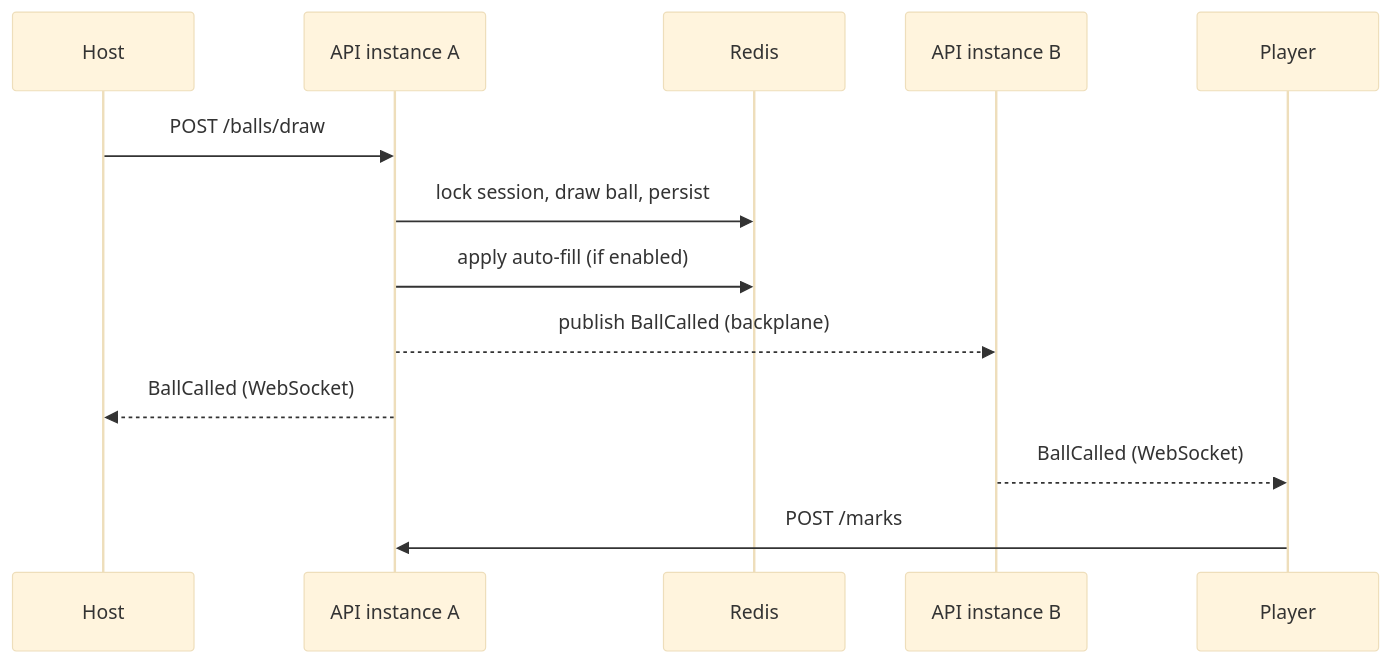
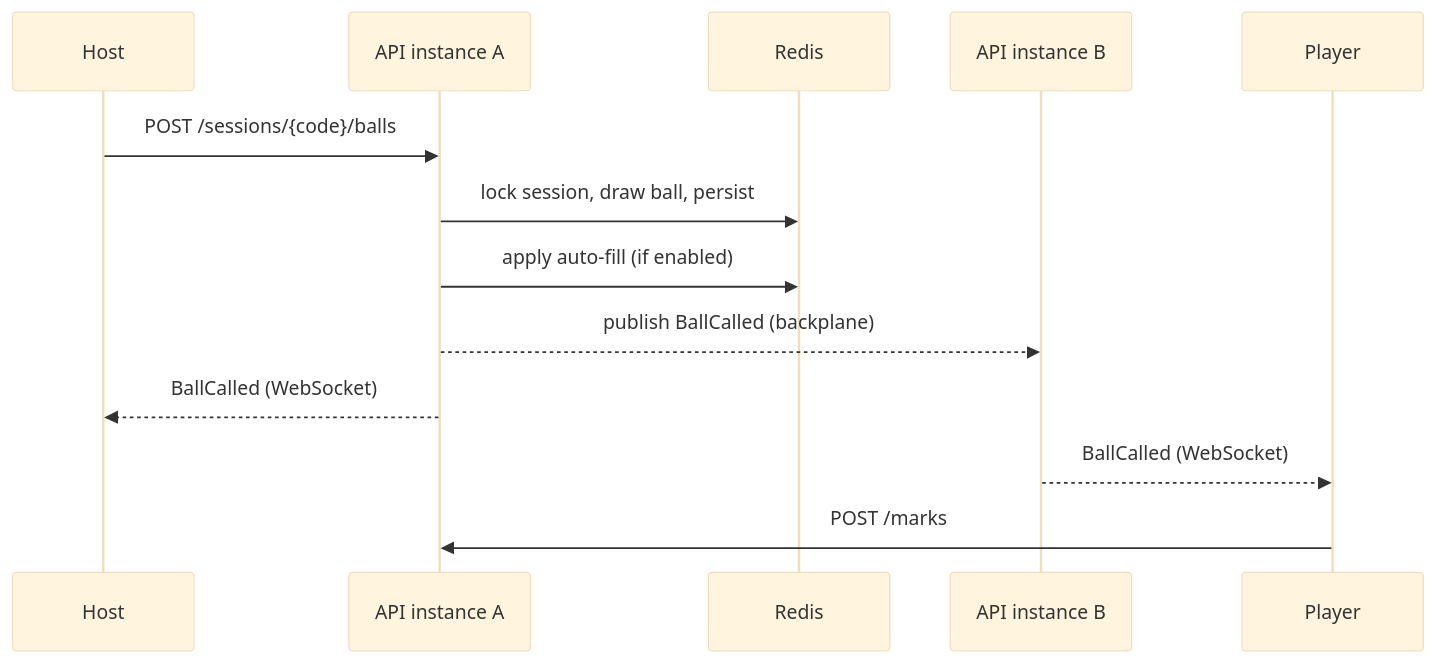
The second of 2 diagrams in docs/02-architecture.md (icemanjr/SyncBingo), drawn with Mermaid (base theme) before and after one commit. The commit also changed other lines of this file and 11 other files, not shown here.

````diff
--- a/docs/02-architecture.md
+++ b/docs/02-architecture.md
@@ -79,15 +81,15 @@
 ```mermaid
 sequenceDiagram
   participant Host
   participant API as API instance A
   participant Redis
   participant PB as API instance B
   participant Player
-  Host->>API: POST /balls/draw
+  Host->>API: POST /sessions/{code}/balls
   API->>Redis: lock session, draw ball, persist
   API->>Redis: apply auto-fill (if enabled)
   API-->>PB: publish BallCalled (backplane)
   API-->>Host: BallCalled (WebSocket)
   PB-->>Player: BallCalled (WebSocket)
   Player->>API: POST /marks
 ```
````
